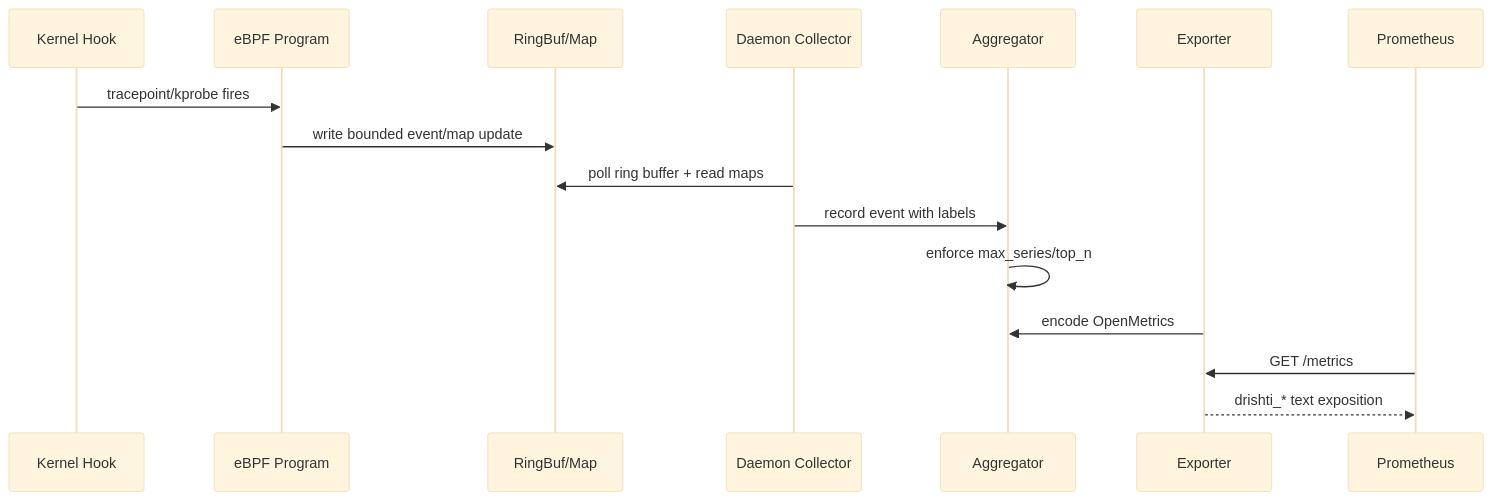
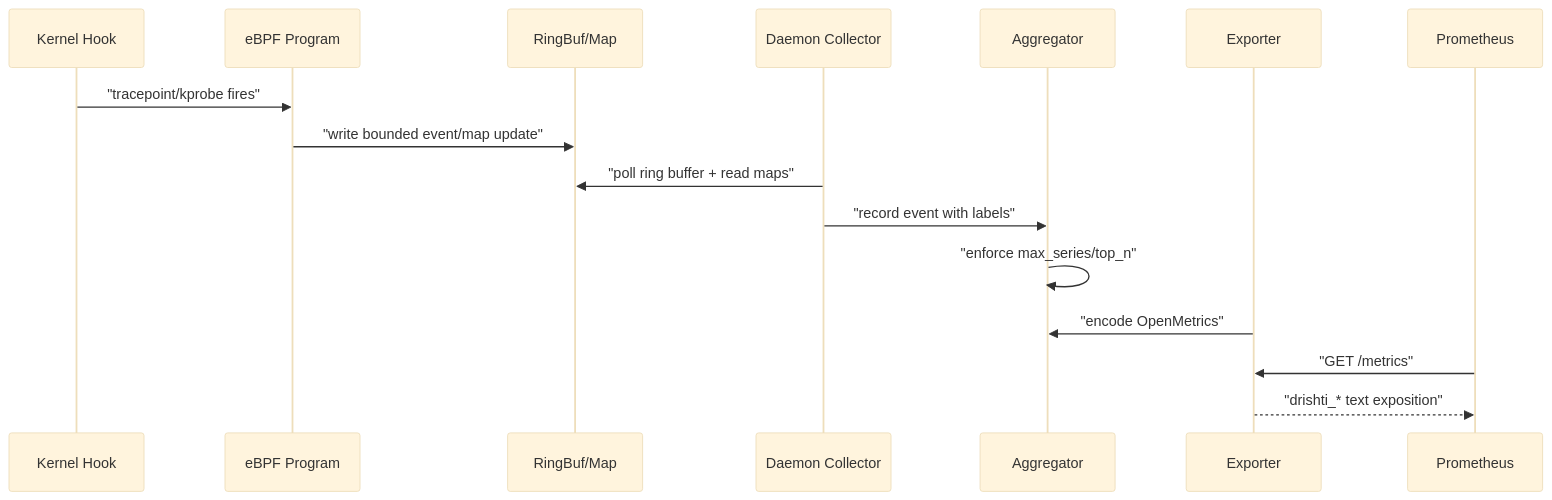
One commit to singh-sumit/drishti changed the diagram in drishti-docs/docs/architecture/pipeline.md. Above: the diagram before and after it, drawn with Mermaid (base theme). The commit also changed 55 other files, not shown here.

````diff
--- a/drishti-docs/docs/architecture/pipeline.md
+++ b/drishti-docs/docs/architecture/pipeline.md
@@ -8,19 +8,19 @@
 ```mermaid
 sequenceDiagram
   participant K as Kernel Hook
   participant B as eBPF Program
   participant R as RingBuf/Map
   participant D as Daemon Collector
   participant A as Aggregator
   participant E as Exporter
   participant P as Prometheus
 
-  K->>B: tracepoint/kprobe fires
-  B->>R: write bounded event/map update
-  D->>R: poll ring buffer + read maps
-  D->>A: record event with labels
-  A->>A: enforce max_series/top_n
-  E->>A: encode OpenMetrics
-  P->>E: GET /metrics
-  E-->>P: drishti_* text exposition
+  K->>B: "tracepoint/kprobe fires"
+  B->>R: "write bounded event/map update"
+  D->>R: "poll ring buffer + read maps"
+  D->>A: "record event with labels"
+  A->>A: "enforce max_series/top_n"
+  E->>A: "encode OpenMetrics"
+  P->>E: "GET /metrics"
+  E-->>P: "drishti_* text exposition"
 ```
````
